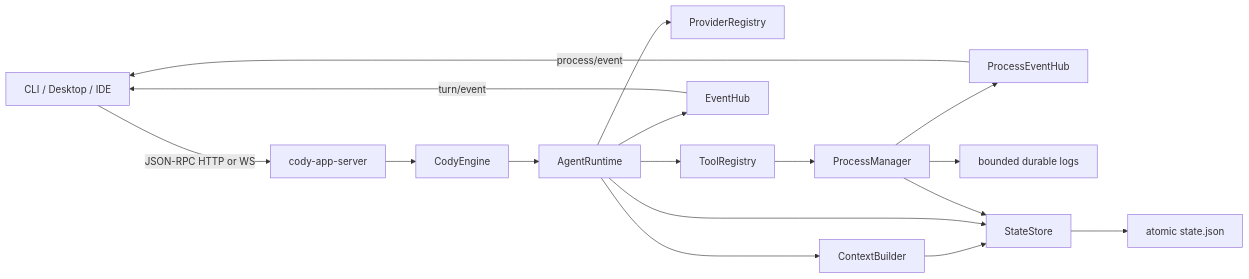
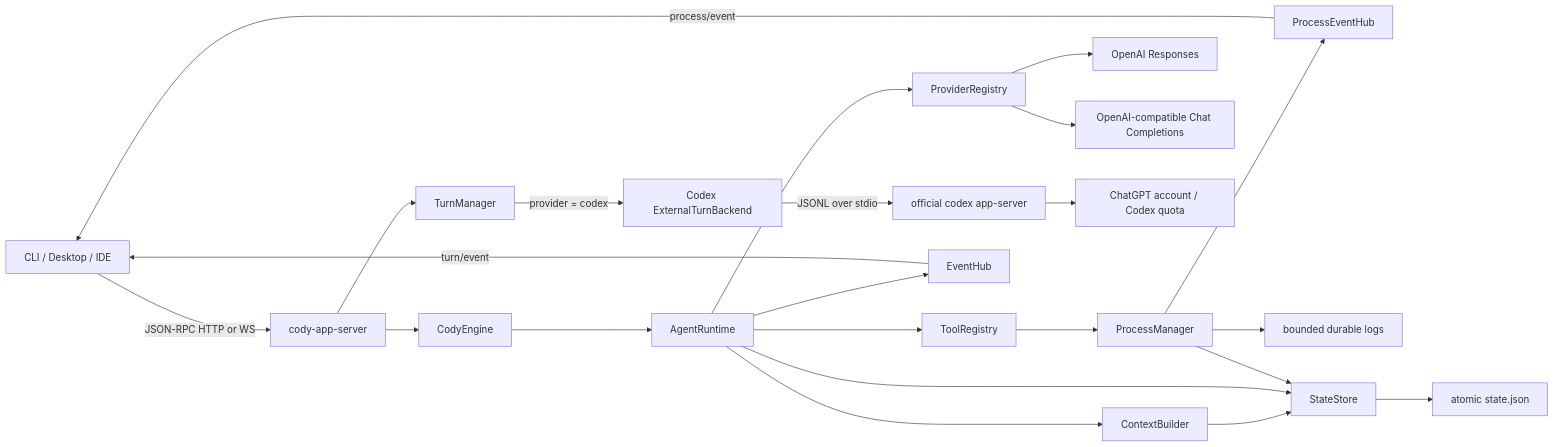
The first of 3 diagrams in docs/architecture.md (jianliang00/kody), drawn with Mermaid before and after one commit. The commit also changed other lines of this file and 62 other files, not shown here.

Commit message:
feat: add configurable model providers and Codex backend

````diff
--- a/docs/architecture.md
+++ b/docs/architecture.md
@@ -5,19 +5,25 @@
 ```mermaid
 flowchart LR
     Client["CLI / Desktop / IDE"] -->|"JSON-RPC HTTP or WS"| Server["cody-app-server"]
     Server --> Engine["CodyEngine"]
+    Server --> TurnManager["TurnManager"]
     Engine --> Runtime["AgentRuntime"]
     Runtime --> Context["ContextBuilder"]
     Runtime --> Providers["ProviderRegistry"]
+    Providers --> Responses["OpenAI Responses"]
+    Providers --> Compatible["OpenAI-compatible Chat Completions"]
+    TurnManager -->|"provider = codex"| CodexBackend["Codex ExternalTurnBackend"]
+    CodexBackend -->|"JSONL over stdio"| CodexSidecar["official codex app-server"]
+    CodexSidecar --> ChatGPT["ChatGPT account / Codex quota"]
     Runtime --> Tools["ToolRegistry"]
     Runtime --> Events["EventHub"]
     Tools --> Processes["ProcessManager"]
     Processes --> ProcessEvents["ProcessEventHub"]
     Processes --> ProcessLogs["bounded durable logs"]
     Context --> Store["StateStore"]
     Runtime --> Store
     Processes --> Store
     Store --> Json["atomic state.json"]
     Events -->|"turn/event"| Client
     ProcessEvents -->|"process/event"| Client
 ```
````
